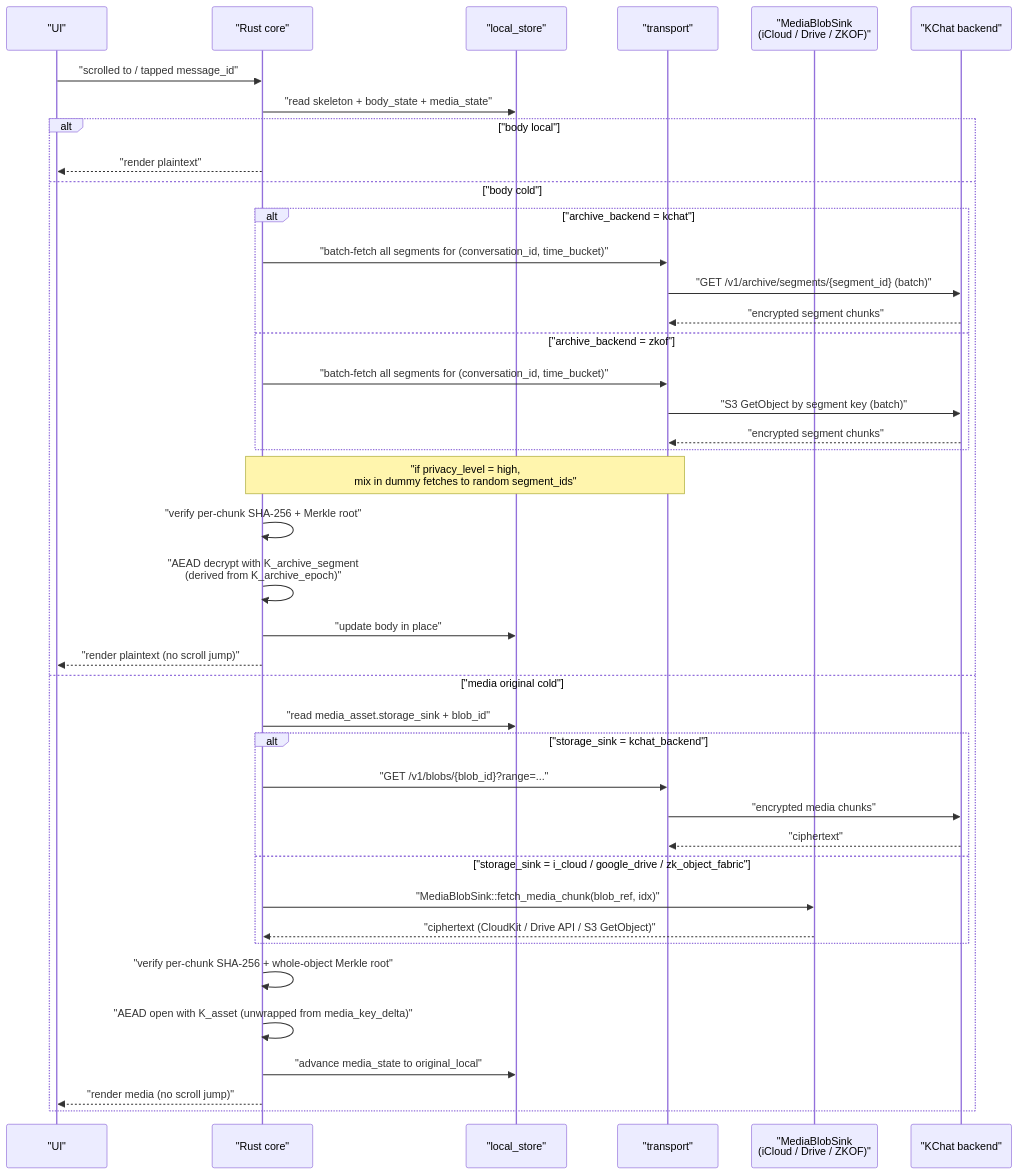
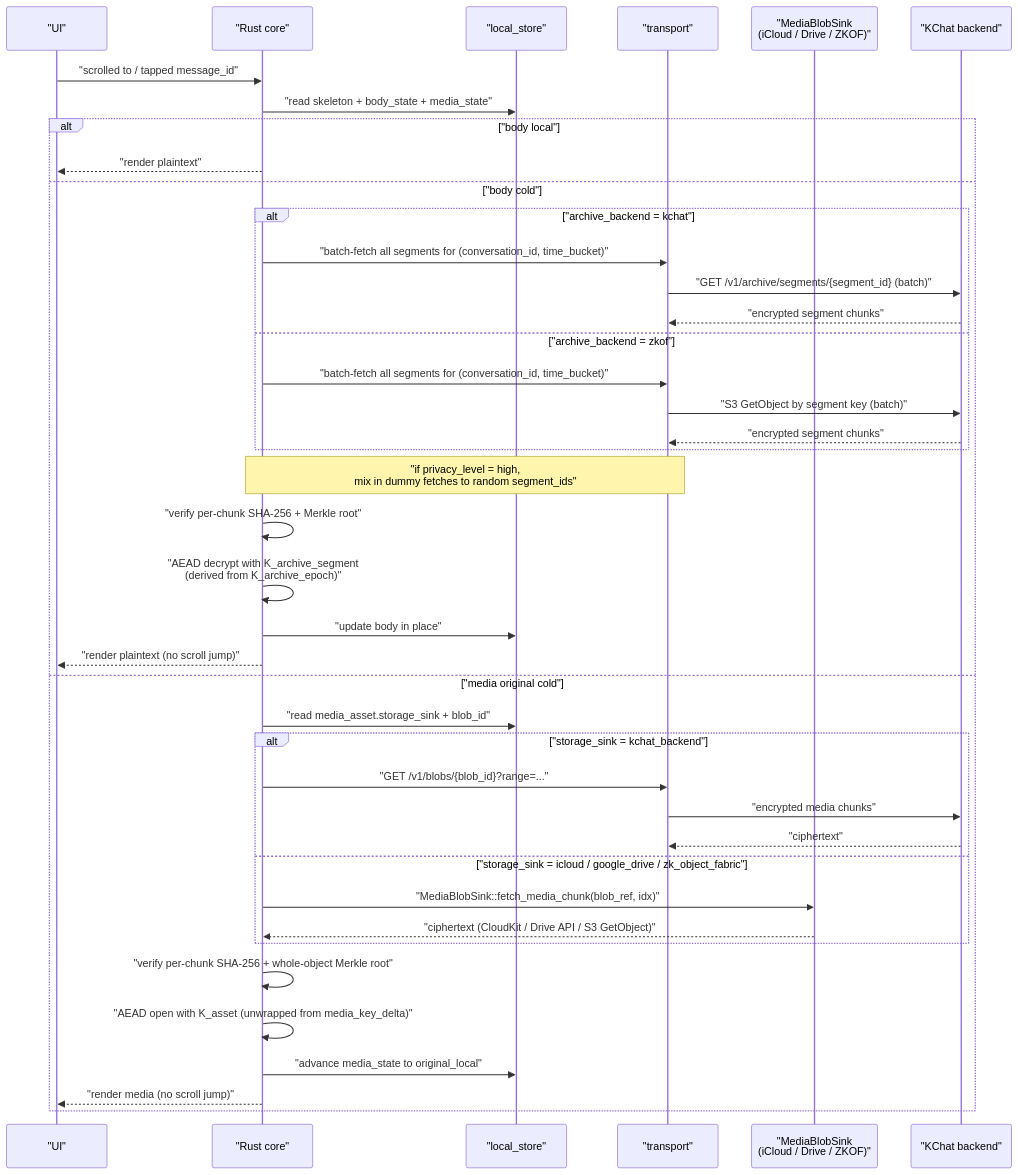
Diagram 15 of 30 in docs/ARCHITECTURE.md (kennguy3n/chat-storage-search), drawn with Mermaid before and after one commit. The commit also changed 11 other files, not shown here.

First line of the commit message:
Rename canonical storage_sink tag "i_cloud" -> "icloud"

````diff
--- a/docs/ARCHITECTURE.md
+++ b/docs/ARCHITECTURE.md
@@ -1044,44 +1044,44 @@
 ```mermaid
 sequenceDiagram
     participant UI as "UI"
     participant Core as "Rust core"
     participant DB as "local_store"
     participant Tr as "transport"
     participant Sink as "MediaBlobSink<br/>(iCloud / Drive / ZKOF)"
     participant BE as "KChat backend"
 
     UI->>Core: "scrolled to / tapped message_id"
     Core->>DB: "read skeleton + body_state + media_state"
     alt "body local"
         Core-->>UI: "render plaintext"
     else "body cold"
         alt "archive_backend = kchat"
             Core->>Tr: "batch-fetch all segments for (conversation_id, time_bucket)"
             Tr->>BE: "GET /v1/archive/segments/{segment_id} (batch)"
             BE-->>Tr: "encrypted segment chunks"
         else "archive_backend = zkof"
             Core->>Tr: "batch-fetch all segments for (conversation_id, time_bucket)"
             Tr->>BE: "S3 GetObject by segment key (batch)"
             BE-->>Tr: "encrypted segment chunks"
         end
         Note over Core,Tr: "if privacy_level = high,<br/>mix in dummy fetches to random segment_ids"
         Core->>Core: "verify per-chunk SHA-256 + Merkle root"
         Core->>Core: "AEAD decrypt with K_archive_segment<br/>(derived from K_archive_epoch)"
         Core->>DB: "update body in place"
         Core-->>UI: "render plaintext (no scroll jump)"
     else "media original cold"
         Core->>DB: "read media_asset.storage_sink + blob_id"
         alt "storage_sink = kchat_backend"
             Core->>Tr: "GET /v1/blobs/{blob_id}?range=..."
             Tr->>BE: "encrypted media chunks"
             BE-->>Tr: "ciphertext"
-        else "storage_sink = i_cloud / google_drive / zk_object_fabric"
+        else "storage_sink = icloud / google_drive / zk_object_fabric"
             Core->>Sink: "MediaBlobSink::fetch_media_chunk(blob_ref, idx)"
             Sink-->>Core: "ciphertext (CloudKit / Drive API / S3 GetObject)"
         end
         Core->>Core: "verify per-chunk SHA-256 + whole-object Merkle root"
         Core->>Core: "AEAD open with K_asset (unwrapped from media_key_delta)"
         Core->>DB: "advance media_state to original_local"
         Core-->>UI: "render media (no scroll jump)"
     end
 ```
````
